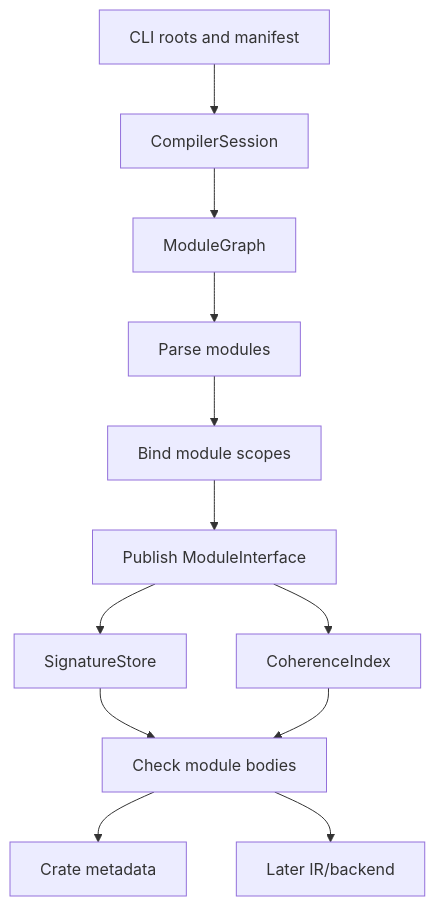
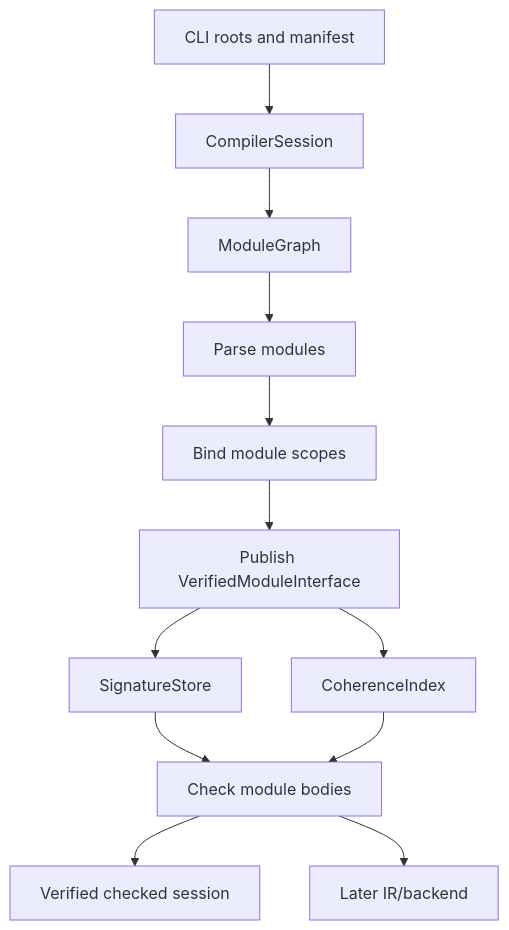
Before and after one commit to Zzzode/ZOM: the second of 2 diagrams in docs/rfc/0008-compiler-session-cross-module.md, drawn with Mermaid. The commit also changed other lines of this file and 46 other files, not shown here.

First line of the commit message:
docs(architecture)!: establish compiler RFC contracts

````diff
--- a/docs/rfc/0008-compiler-session-cross-module.md
+++ b/docs/rfc/0008-compiler-session-cross-module.md
@@ -298,14 +814,14 @@
 ```mermaid
 flowchart TD
   CLI[CLI roots and manifest] --> S[CompilerSession]
   S --> MG[ModuleGraph]
   MG --> P[Parse modules]
   P --> B[Bind module scopes]
-  B --> I[Publish ModuleInterface]
+  B --> I[Publish VerifiedModuleInterface]
   I --> SIG[SignatureStore]
   I --> COH[CoherenceIndex]
   SIG --> C[Check module bodies]
   COH --> C
-  C --> META[Crate metadata]
+  C --> V[Verified checked session]
   C --> IR[Later IR/backend]
 ```
````
